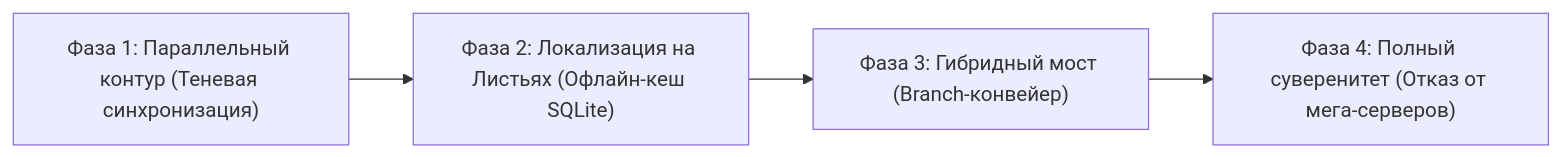
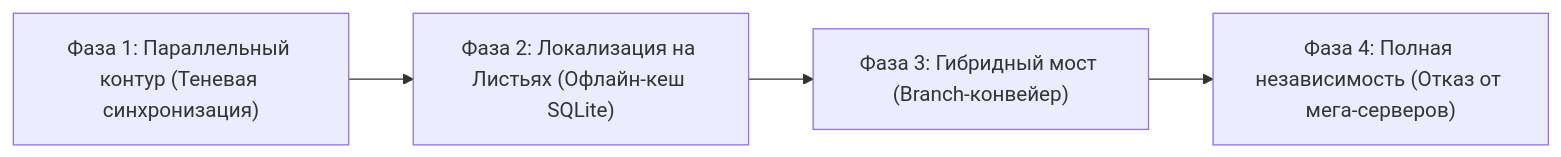
Before and after one commit to Data-Independence-Network/presentations: the second of 2 diagrams in shared_docs/whitepapers/04_ecosystem_impact_whitepaper.md, drawn with Mermaid. The commit also changed other lines of this file and 81 other files, not shown here.

````diff
--- a/shared_docs/whitepapers/04_ecosystem_impact_whitepaper.md
+++ b/shared_docs/whitepapers/04_ecosystem_impact_whitepaper.md
@@ -120,6 +120,6 @@
 ```mermaid
 graph LR
     F1["Фаза 1: Параллельный контур (Теневая синхронизация)"] --> F2["Фаза 2: Локализация на Листьях (Офлайн-кеш SQLite)"]
     F2 --> F3["Фаза 3: Гибридный мост (Branch-конвейер)"]
-    F3 --> F4["Фаза 4: Полный суверенитет (Отказ от мега-серверов)"]
+    F3 --> F4["Фаза 4: Полная независимость (Отказ от мега-серверов)"]
 ```
````
